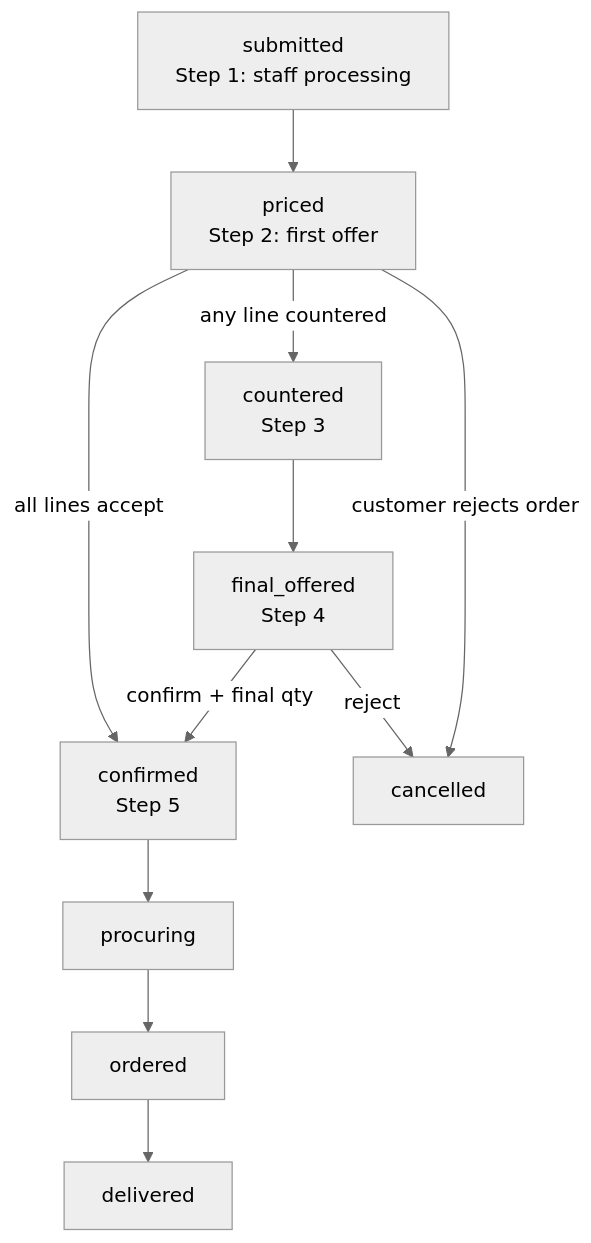
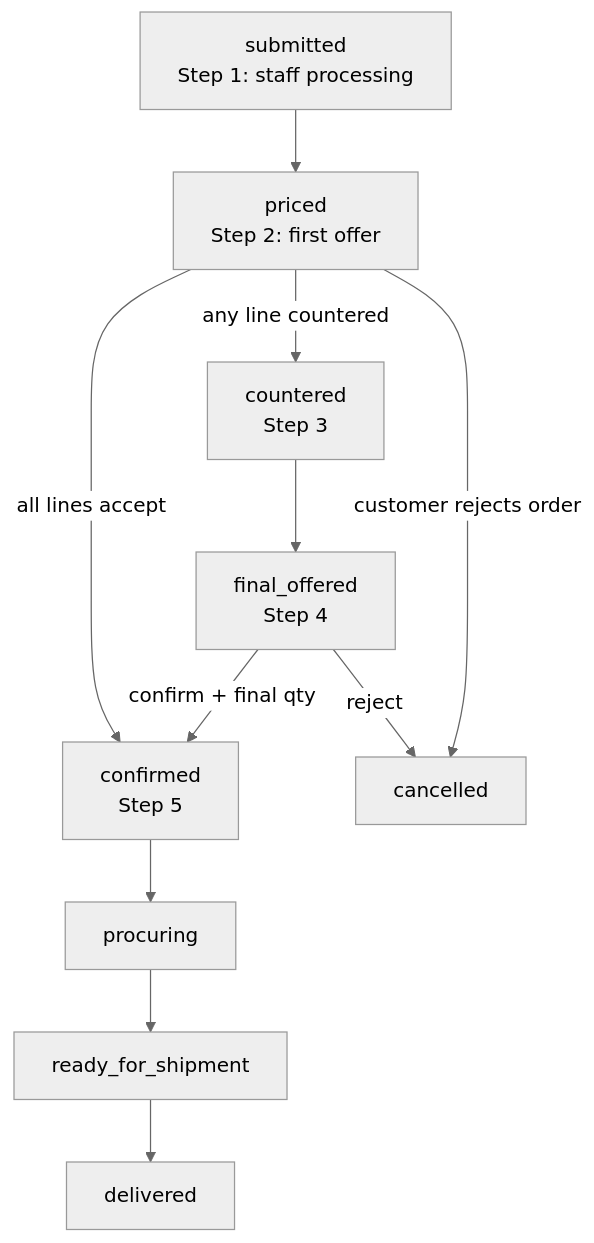
The diagram in doc/shop_order/CATALOG_NEGOTIATION.md (david-git-2/brandwala-wholesale-quasar-v2), drawn with Mermaid (neutral theme) before and after one commit. The commit also changed other lines of this file and 20 other files, not shown here.

````diff
--- a/doc/shop_order/CATALOG_NEGOTIATION.md
+++ b/doc/shop_order/CATALOG_NEGOTIATION.md
@@ -59,13 +67,13 @@
 ```mermaid
 flowchart TD
   S["submitted<br/>Step 1: staff processing"] --> P["priced<br/>Step 2: first offer"]
   P -->|all lines accept| C["confirmed<br/>Step 5"]
   P -->|any line countered| X["countered<br/>Step 3"]
   P -->|customer rejects order| CN["cancelled"]
   X --> F["final_offered<br/>Step 4"]
   F -->|confirm + final qty| C
   F -->|reject| CN
   C --> PR["procuring"]
-  PR --> O["ordered"]
-  O --> D["delivered"]
+  PR --> RFS["ready_for_shipment"]
+  RFS --> D["delivered"]
 ```
````
